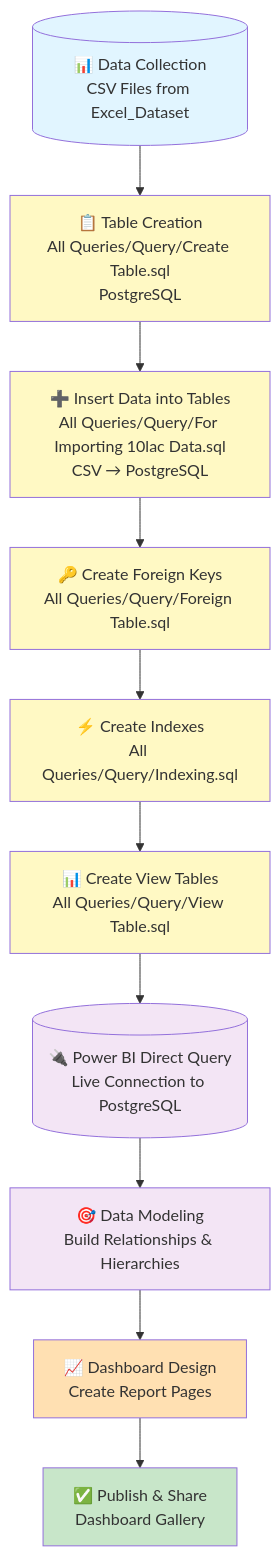
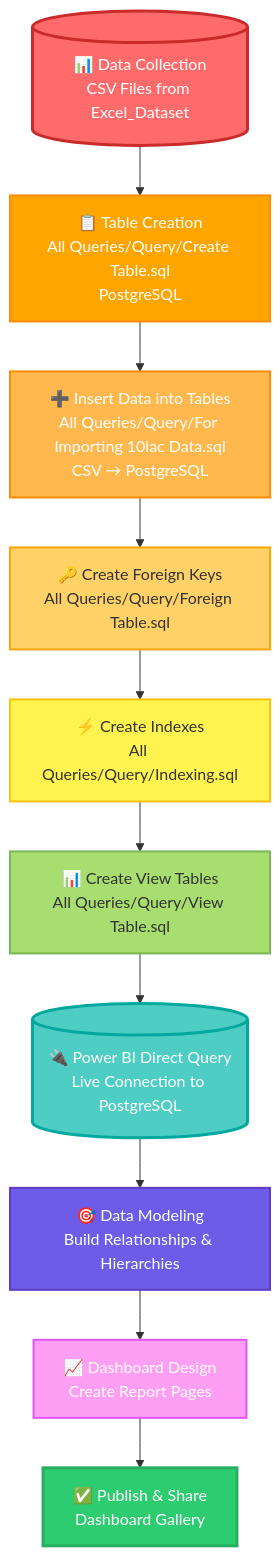
Before and after one commit to jatinkumar4148/Olist_Sales_Analsis: the diagram in README.md, drawn with Mermaid.

Commit message:
Update workflow flowchart with modern, attractive color scheme

````diff
--- a/README.md
+++ b/README.md
@@ -32,23 +32,23 @@
 ```mermaid
 graph TD
     A[("📊 Data Collection<br/>CSV Files from Excel_Dataset")] --> B["📋 Table Creation<br/>All Queries/Query/Create Table.sql<br/>PostgreSQL"]
     B --> C["➕ Insert Data into Tables<br/>All Queries/Query/For Importing 10lac Data.sql<br/>CSV → PostgreSQL"]
     C --> D["🔑 Create Foreign Keys<br/>All Queries/Query/Foreign Table.sql"]
     D --> E["⚡ Create Indexes<br/>All Queries/Query/Indexing.sql"]
     E --> F["📊 Create View Tables<br/>All Queries/Query/View Table.sql"]
     F --> G[("🔌 Power BI Direct Query<br/>Live Connection to PostgreSQL")]
     G --> H["🎯 Data Modeling<br/>Build Relationships & Hierarchies"]
     H --> I["📈 Dashboard Design<br/>Create Report Pages"]
     I --> J["✅ Publish & Share<br/>Dashboard Gallery"]
     
-    style A fill:#e1f5ff
-    style B fill:#fff9c4
-    style C fill:#fff9c4
-    style D fill:#fff9c4
-    style E fill:#fff9c4
-    style F fill:#fff9c4
-    style G fill:#f3e5f5
-    style H fill:#f3e5f5
-    style I fill:#ffe0b2
-    style J fill:#c8e6c9
+    style A fill:#FF6B6B,stroke:#C92A2A,stroke-width:3px,color:#fff
+    style B fill:#FFA500,stroke:#FF8C00,stroke-width:2px,color:#fff
+    style C fill:#FFB84D,stroke:#FF8C00,stroke-width:2px,color:#fff
+    style D fill:#FFD166,stroke:#FFA500,stroke-width:2px,color:#333
+    style E fill:#FFF44F,stroke:#FFC107,stroke-width:2px,color:#333
+    style F fill:#A7DE6F,stroke:#78B855,stroke-width:2px,color:#333
+    style G fill:#4ECDC4,stroke:#00A89D,stroke-width:3px,color:#fff
+    style H fill:#6C5CE7,stroke:#5F3DC4,stroke-width:2px,color:#fff
+    style I fill:#FF9FF3,stroke:#E056FD,stroke-width:2px,color:#fff
+    style J fill:#2ECC71,stroke:#27AE60,stroke-width:3px,color:#fff
 ```
````
